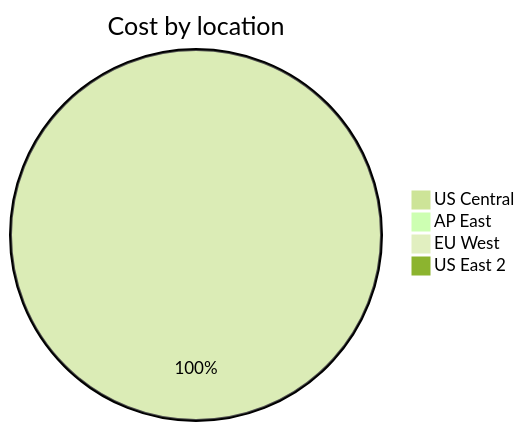
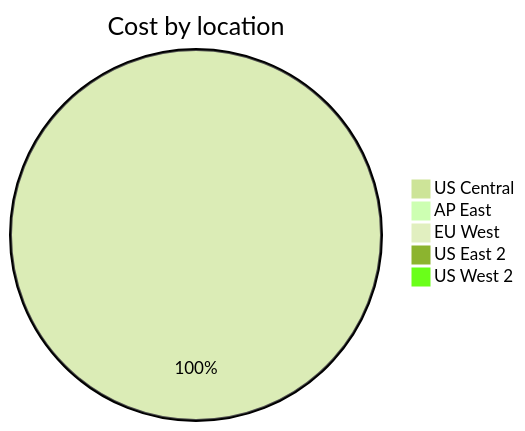
Before and after one commit to jpfulton/azure-personal-reports: the third of 4 diagrams in cost-reports/personal-site/personal-site.md, drawn with Mermaid (forest theme). The commit also changed other lines of this file and 6 other files, not shown here.

````diff
--- a/cost-reports/personal-site/personal-site.md
+++ b/cost-reports/personal-site/personal-site.md
@@ -108,8 +109,9 @@
 ```mermaid
 pie
    title Cost by location
-   "US Central" : 0.84
+   "US Central" : 1.13
    "AP East" : 0.00
    "EU West" : 0.00
    "US East 2" : 0.00
+   "US West 2" : 0.00
 ```
````
